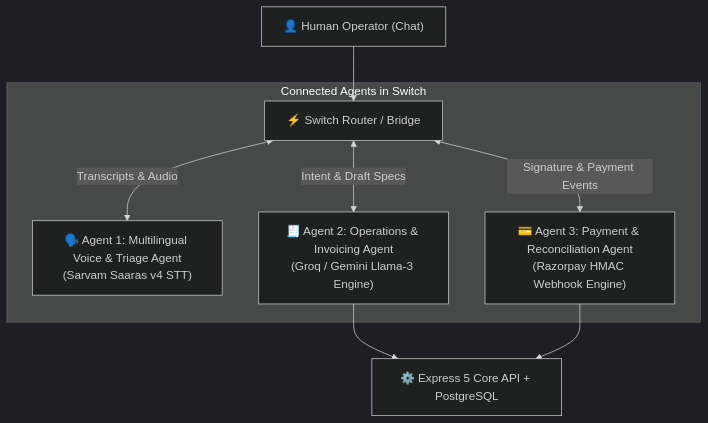
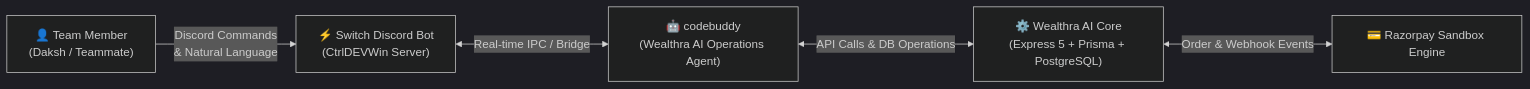
Before and after one commit to aryan24cse109-dev/Wealthra-ai: the first of 2 diagrams in SWITCH_README.md, drawn with Mermaid (dark theme). The commit also changed other lines of this file, not shown here.

Commit message:
docs: tailor SWITCH_README for codebuddy and Discord CtrlDEVWin integration

````diff
--- a/SWITCH_README.md
+++ b/SWITCH_README.md
@@ -20,13 +21,7 @@
 ```mermaid
-graph TD
-    User["👤 Human Operator (Chat)"] --> Switch["⚡ Switch Router / Bridge"]
-    
-    subgraph "Connected Agents in Switch"
-        Switch <-->|Transcripts & Audio| Agent1["🗣️ Agent 1: Multilingual Voice & Triage Agent\n(Sarvam Saaras v4 STT)"]
-        Switch <-->|Intent & Draft Specs| Agent2["🧾 Agent 2: Operations & Invoicing Agent\n(Groq / Gemini Llama-3 Engine)"]
-        Switch <-->|Signature & Payment Events| Agent3["💳 Agent 3: Payment & Reconciliation Agent\n(Razorpay HMAC Webhook Engine)"]
-    end
-    
-    Agent2 --> Backend["⚙️ Express 5 Core API + PostgreSQL"]
-    Agent3 --> Backend
+flowchart LR
+    Dev["👤 Team Member\n(Daksh / Teammate)"] -->|Discord Commands\n& Natural Language| SwitchBot["⚡ Switch Discord Bot\n(CtrlDEVWin Server)"]
+    SwitchBot <-->|Real-time IPC / Bridge| CodeBuddy["🤖 codebuddy\n(Wealthra AI Operations Agent)"]
+    CodeBuddy <-->|API Calls & DB Operations| Backend["⚙️ Wealthra AI Core\n(Express 5 + Prisma + PostgreSQL)"]
+    Backend <-->|Order & Webhook Events| RZP["💳 Razorpay Sandbox Engine"]
 ```
````
